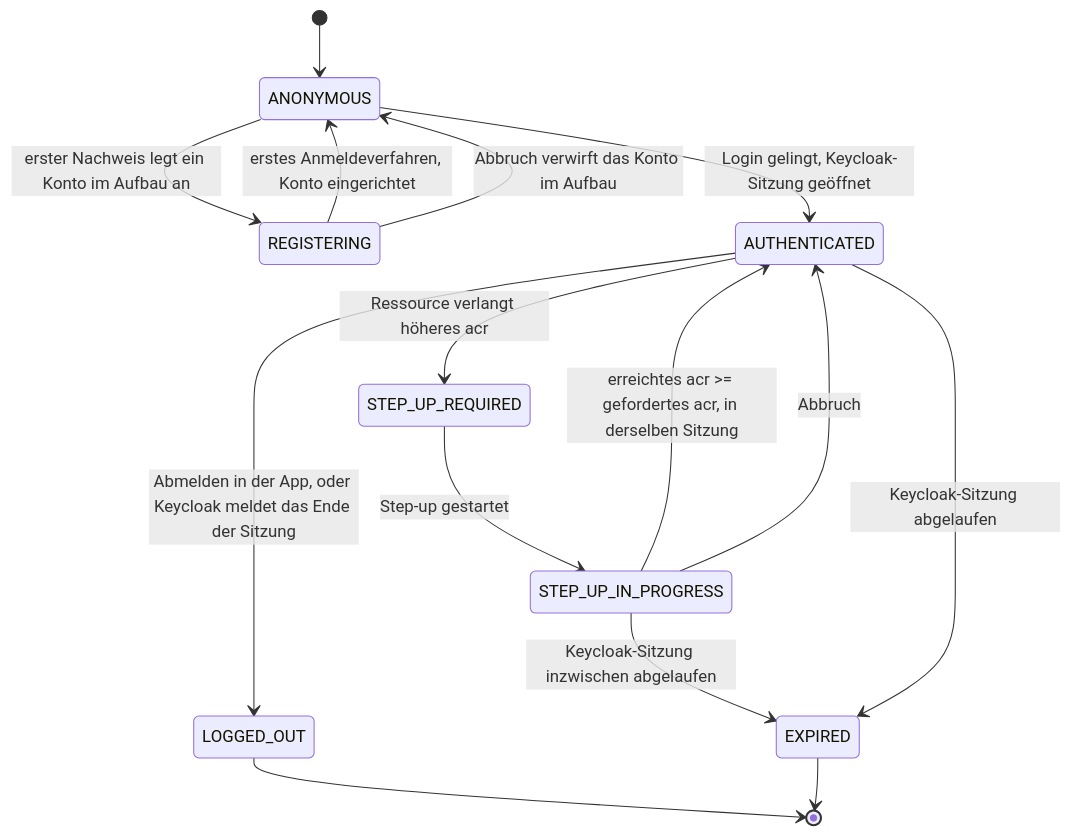
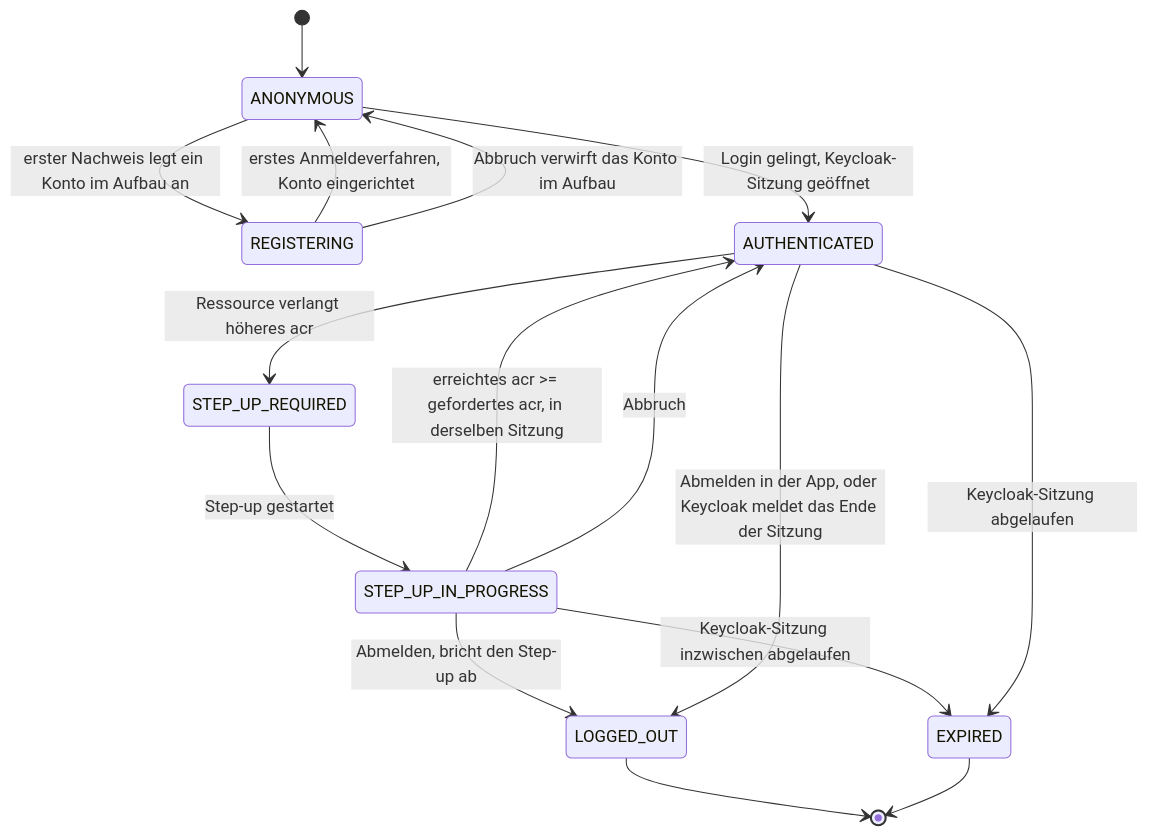
One commit to rpreissel/identity-demo changed the third of 6 diagrams in docs/02-domaenenmodell.md. Above: the diagram before and after it, drawn with Mermaid. The commit also changed 22 other files, not shown here.

````diff
--- a/docs/02-domaenenmodell.md
+++ b/docs/02-domaenenmodell.md
@@ -171,17 +171,18 @@
 ```mermaid
 stateDiagram-v2
   [*] --> ANONYMOUS
   ANONYMOUS --> REGISTERING: erster Nachweis legt ein Konto im Aufbau an
   ANONYMOUS --> AUTHENTICATED: Login gelingt, Keycloak-Sitzung geöffnet
   REGISTERING --> ANONYMOUS: erstes Anmeldeverfahren, Konto eingerichtet
   REGISTERING --> ANONYMOUS: Abbruch verwirft das Konto im Aufbau
   AUTHENTICATED --> STEP_UP_REQUIRED: Ressource verlangt höheres acr
   STEP_UP_REQUIRED --> STEP_UP_IN_PROGRESS: Step-up gestartet
   STEP_UP_IN_PROGRESS --> AUTHENTICATED: erreichtes acr >= gefordertes acr, in derselben Sitzung
   STEP_UP_IN_PROGRESS --> AUTHENTICATED: Abbruch
   STEP_UP_IN_PROGRESS --> EXPIRED: Keycloak-Sitzung inzwischen abgelaufen
+  STEP_UP_IN_PROGRESS --> LOGGED_OUT: Abmelden, bricht den Step-up ab
   AUTHENTICATED --> LOGGED_OUT: Abmelden in der App, oder Keycloak meldet das Ende der Sitzung
   AUTHENTICATED --> EXPIRED: Keycloak-Sitzung abgelaufen
   LOGGED_OUT --> [*]
   EXPIRED --> [*]
 ```
````
